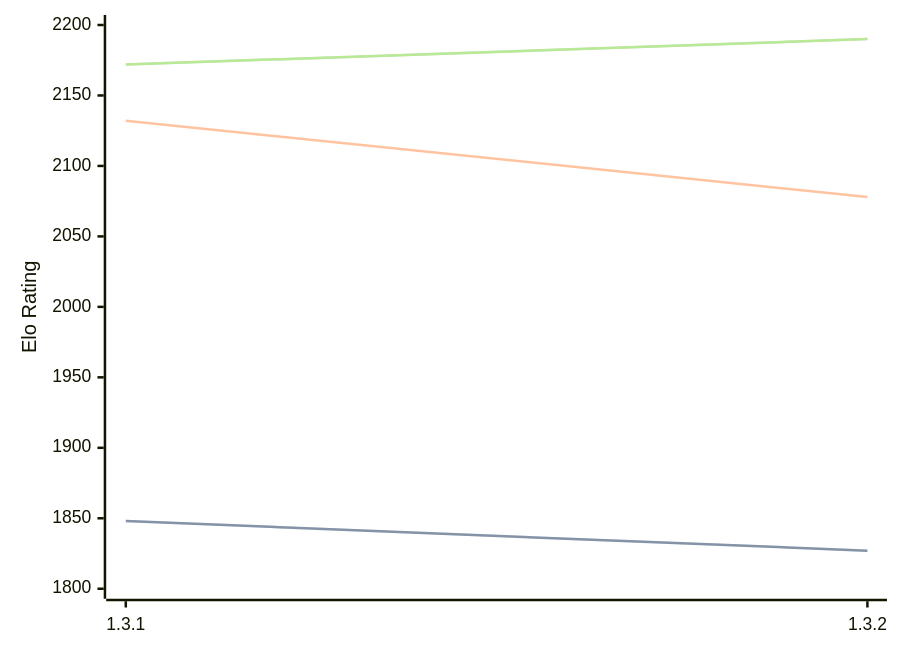
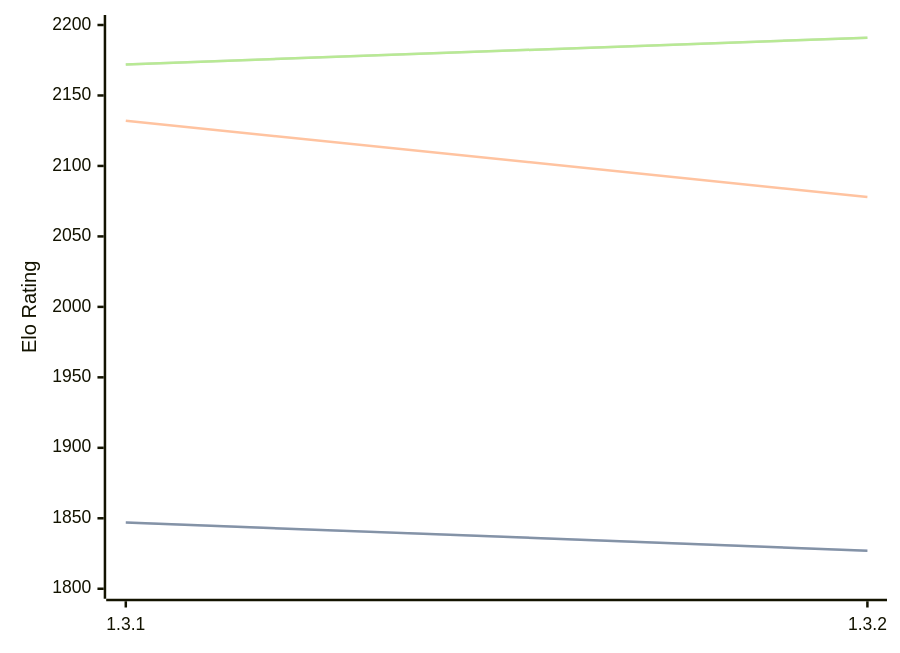
The diagram in engines/Zugblitz.md (computer-chess-index/cci), drawn with Mermaid before and after one commit. The commit also changed other lines of this file, not shown here.

Commit message:
Update CCI Ratings (ELO VLTC) - 2026-07-22

````diff
--- a/engines/Zugblitz.md
+++ b/engines/Zugblitz.md
@@ -32,11 +32,11 @@
 ```mermaid
 %%{init: {"theme":"base","themeVariables":{"seriesColors:['#a3a3a3','#222221','#faa371']}}}%%
 xychart-beta
   x-axis ["1.3.1", "1.3.2"]
   y-axis "Elo Rating" 1800 --> 2200
-  line "STC (8.0+0.08s)" [1848, 1827]
-  line "STC (8.0+0.08s)" [1848, 1827]
+  line "STC (8.0+0.08s)" [1847, 1827]
+  line "STC (8.0+0.08s)" [1847, 1827]
   line "LTC (60.0+0.60s)" [2132, 2078]
-  line "VLTC (2m24s+1.12s)" [2172, 2190]
-  line "VLTC (2m24s+1.12s)" [2172, 2190]
+  line "VLTC (2m24s+1.12s)" [2172, 2191]
+  line "VLTC (2m24s+1.12s)" [2172, 2191]
 ```
````
